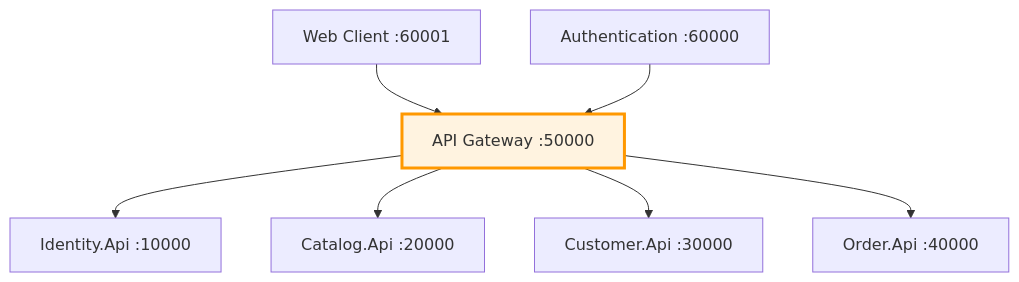
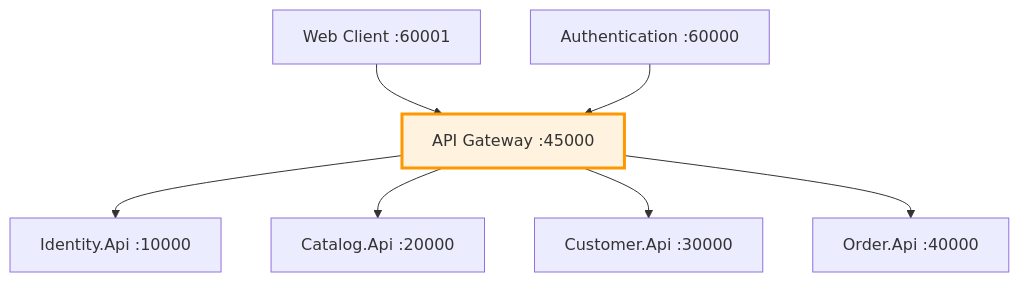
Before and after one commit to MiltonMolloja/ECommerceMicroserviceArchitecture: the tenth of 14 diagrams in MICROSERVICES_DIAGRAMS.md, drawn with Mermaid. The commit also changed other lines of this file and 6 other files, not shown here.

Commit message:
UpDate API Gateway

````diff
--- a/MICROSERVICES_DIAGRAMS.md
+++ b/MICROSERVICES_DIAGRAMS.md
@@ -409,17 +409,17 @@
 ```mermaid
 graph TB
     Client[Web Client :60001]
     Auth[Authentication :60000]
     
-    Gateway[API Gateway :50000]
+    Gateway[API Gateway :45000]
     
     Gateway --> Identity[Identity.Api :10000]
     Gateway --> Catalog[Catalog.Api :20000]
     Gateway --> Customer[Customer.Api :30000]
     Gateway --> Order[Order.Api :40000]
     
     Client --> Gateway
     Auth --> Gateway
     
     style Gateway fill:#fff3e0,stroke:#ff9800,stroke-width:3px
 ```
````
